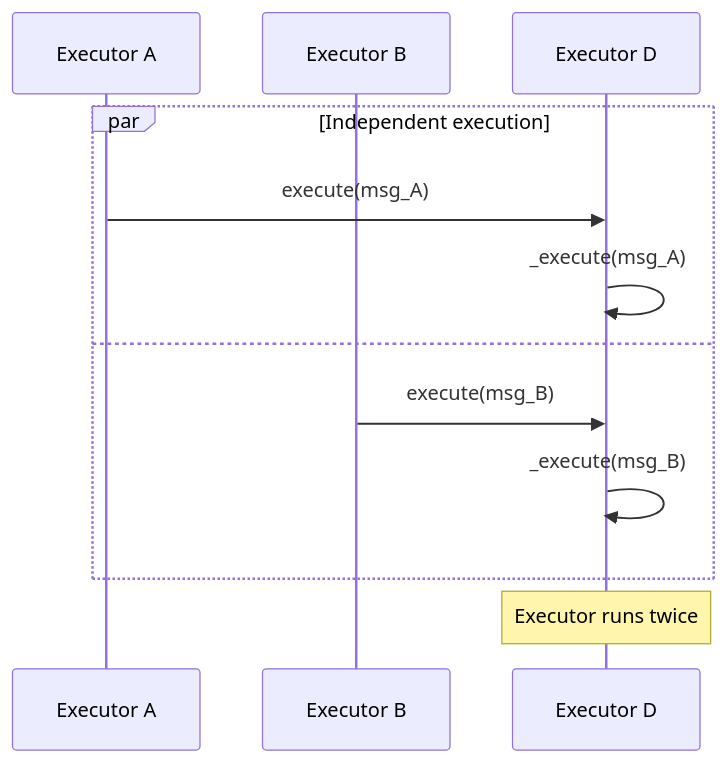
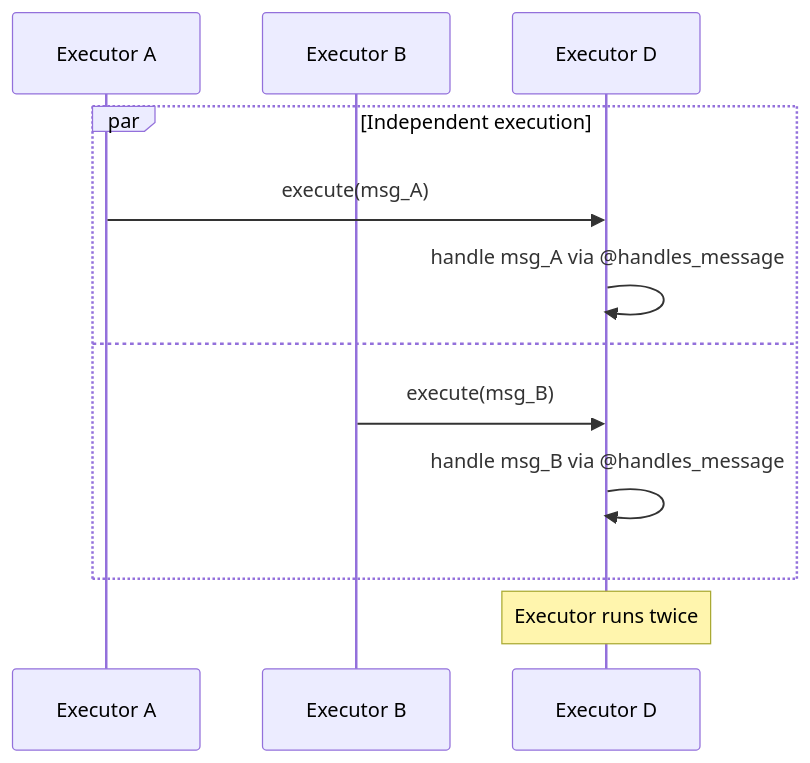
One commit to microsoft/agent-framework changed the fourth of 5 diagrams in docs/design/workflows_updated.md. Above: the diagram before and after it, drawn with Mermaid. The commit also changed other lines of this file, not shown here.

````diff
--- a/docs/design/workflows_updated.md
+++ b/docs/design/workflows_updated.md
@@ -347,15 +478,15 @@
 ```mermaid
 sequenceDiagram
     participant A as Executor A
     participant B as Executor B
     participant D as Executor D
     
     par Independent execution
         A->>D: execute(msg_A)
-        D->>D: _execute(msg_A)
+        D->>D: handle msg_A via @handles_message
     and
         B->>D: execute(msg_B)
-        D->>D: _execute(msg_B)
+        D->>D: handle msg_B via @handles_message
     end
     Note over D: Executor runs twice
 ```
````
